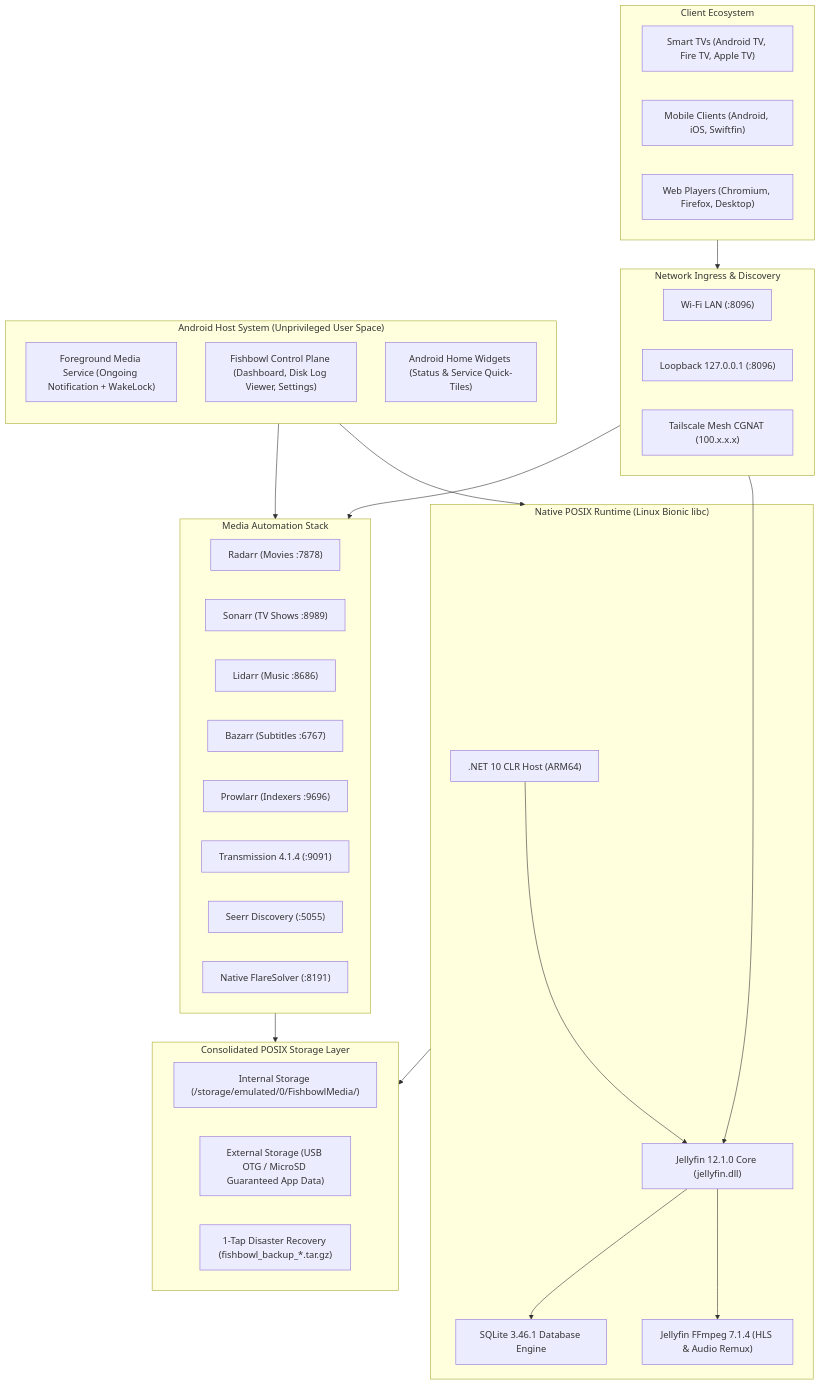
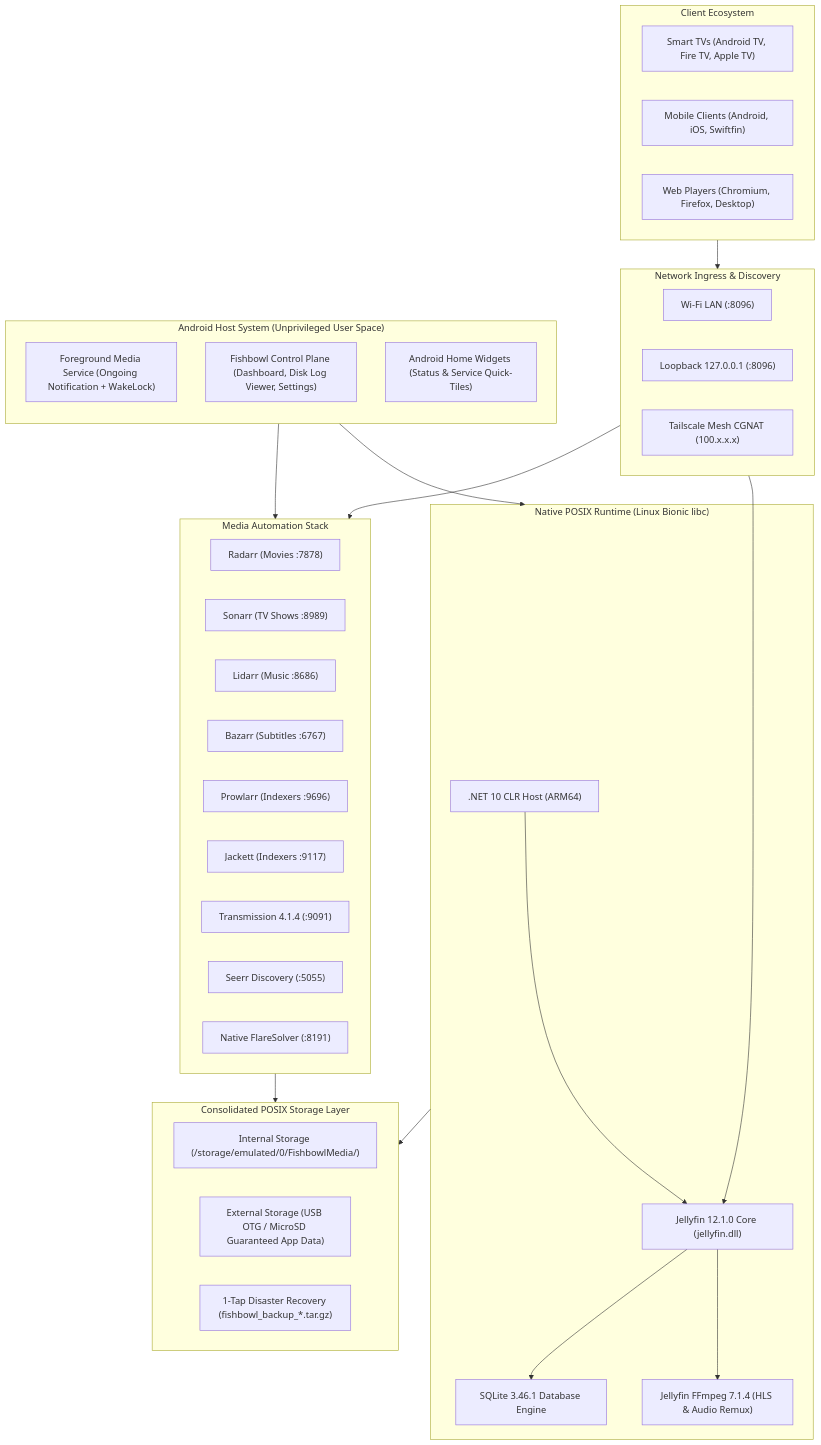
The diagram in README.md (Suz41/Fishbowl), drawn with Mermaid before and after one commit. The commit also changed other lines of this file and 1 other file, not shown here.

````diff
--- a/README.md
+++ b/README.md
@@ -161,57 +161,58 @@
 ```mermaid
 flowchart TD
     subgraph Clients["Client Ecosystem"]
         TV["Smart TVs (Android TV, Fire TV, Apple TV)"]
         Mobile["Mobile Clients (Android, iOS, Swiftfin)"]
         Browser["Web Players (Chromium, Firefox, Desktop)"]
     end
 
     subgraph Network["Network Ingress & Discovery"]
         LAN["Wi-Fi LAN (:8096)"]
         Localhost["Loopback 127.0.0.1 (:8096)"]
         Tailscale["Tailscale Mesh CGNAT (100.x.x.x)"]
     end
 
     subgraph AndroidHost["Android Host System (Unprivileged User Space)"]
         direction TB
         FGS["Foreground Media Service (Ongoing Notification + WakeLock)"]
         UI["Fishbowl Control Plane (Dashboard, Disk Log Viewer, Settings)"]
         Widgets["Android Home Widgets (Status & Service Quick-Tiles)"]
     end
 
     subgraph Engine["Native POSIX Runtime (Linux Bionic libc)"]
         DOTNET[".NET 10 CLR Host (ARM64)"]
         JFN["Jellyfin 12.1.0 Core (jellyfin.dll)"]
         FFMPEG["Jellyfin FFmpeg 7.1.4 (HLS & Audio Remux)"]
         SQLITE["SQLite 3.46.1 Database Engine"]
         
         DOTNET --> JFN
         JFN --> FFMPEG
         JFN --> SQLITE
     end
 
     subgraph Automation["Media Automation Stack"]
         RADARR["Radarr (Movies :7878)"]
         SONARR["Sonarr (TV Shows :8989)"]
         LIDARR["Lidarr (Music :8686)"]
         BAZARR["Bazarr (Subtitles :6767)"]
         PROWLARR["Prowlarr (Indexers :9696)"]
+        JACKETT["Jackett (Indexers :9117)"]
         TRANS["Transmission 4.1.4 (:9091)"]
         SEERR["Seerr Discovery (:5055)"]
         SOLVER["Native FlareSolver (:8191)"]
     end
 
     subgraph Storage["Consolidated POSIX Storage Layer"]
         INT["Internal Storage (/storage/emulated/0/FishbowlMedia/)"]
         EXT["External Storage (USB OTG / MicroSD Guaranteed App Data)"]
         BACKUP["1-Tap Disaster Recovery (fishbowl_backup_*.tar.gz)"]
     end
 
     Clients --> Network
     Network --> JFN
     Network --> Automation
     AndroidHost --> Engine
     AndroidHost --> Automation
     Engine --> Storage
     Automation --> Storage
 ```
````
